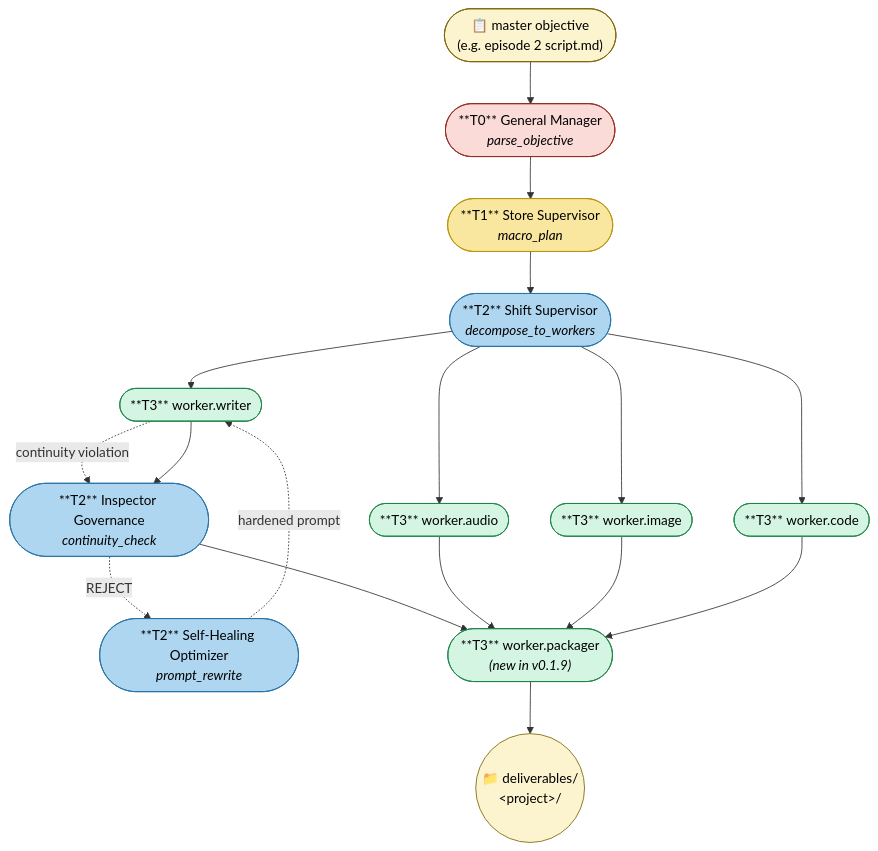
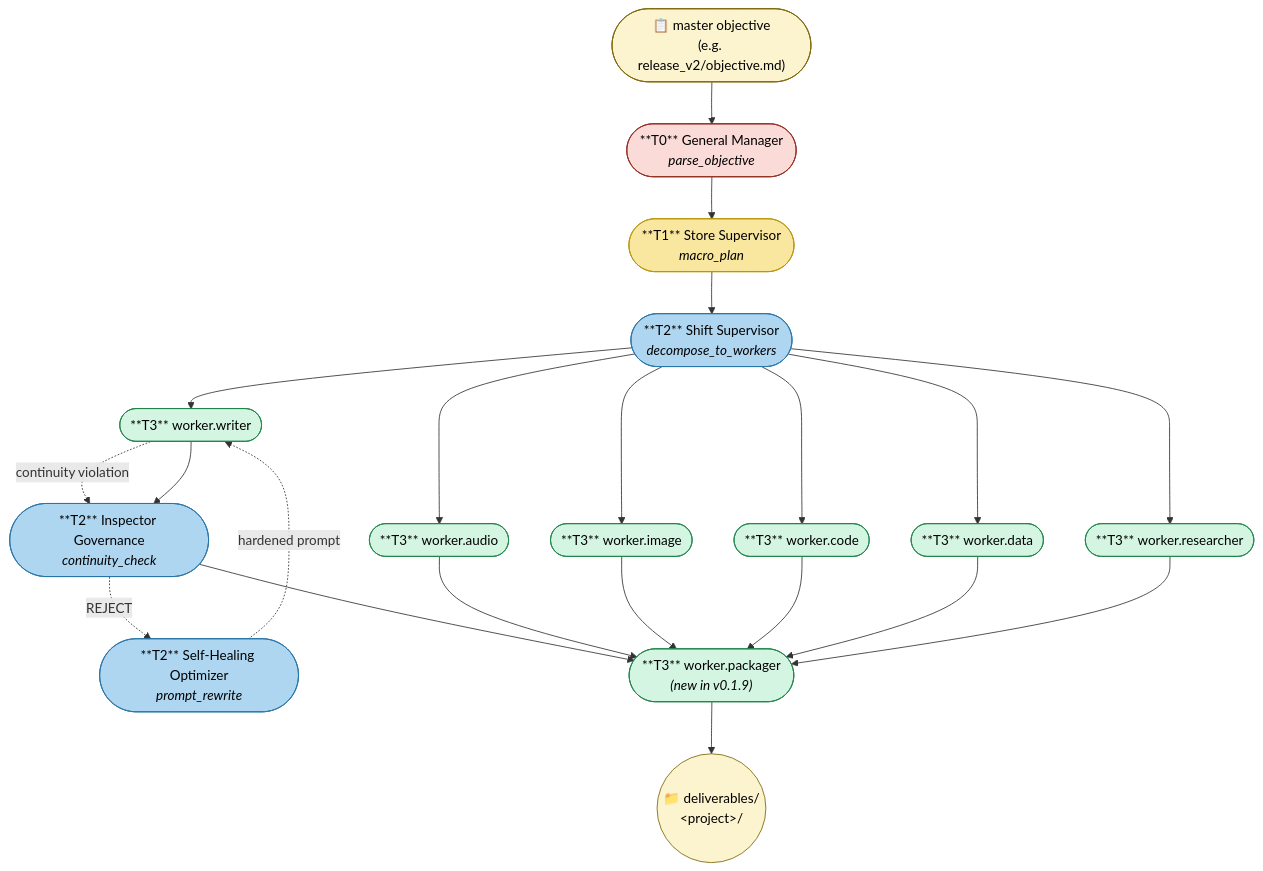
Before and after one commit to Cloudmeru/vortex-os-skill: the second of 8 diagrams in references/architecture.md, drawn with Mermaid. The commit also changed other lines of this file and 14 other files, not shown here.

````diff
--- a/references/architecture.md
+++ b/references/architecture.md
@@ -59,44 +59,50 @@
 ```mermaid
 flowchart TB
-    Obj(["📋 master objective<br/>(e.g. episode 2 script.md)"])
+    Obj(["📋 master objective<br/>(e.g. release_v2/objective.md)"])
     T0(["**T0** General Manager<br/><i>parse_objective</i>"])
     T1(["**T1** Store Supervisor<br/><i>macro_plan</i>"])
     T2(["**T2** Shift Supervisor<br/><i>decompose_to_workers</i>"])
     T2b(["**T2** Inspector Governance<br/><i>continuity_check</i>"])
     T2c(["**T2** Self-Healing Optimizer<br/><i>prompt_rewrite</i>"])
     T3w(["**T3** worker.writer"])
     T3a(["**T3** worker.audio"])
     T3i(["**T3** worker.image"])
     T3c(["**T3** worker.code"])
+    T3d(["**T3** worker.data"])
+    T3r(["**T3** worker.researcher"])
     T3p(["**T3** worker.packager<br/><i>(new in v0.1.9)</i>"])
     Del(("📁 deliverables/<br/>&lt;project&gt;/"))
 
     Obj --> T0
     T0 --> T1
     T1 --> T2
     T2 --> T3w
     T2 --> T3a
     T2 --> T3i
     T2 --> T3c
+    T2 --> T3d
+    T2 --> T3r
     T3w -.continuity violation.-> T2b
     T2b -.REJECT.-> T2c
     T2c -.hardened prompt.-> T3w
     T3w --> T2b
     T2b --> T3p
     T3a --> T3p
     T3i --> T3p
     T3c --> T3p
+    T3d --> T3p
+    T3r --> T3p
     T3p --> Del
 
     classDef tier0 fill:#fadbd8,stroke:#922b21,color:#000
     classDef tier1 fill:#f9e79f,stroke:#b7950b,color:#000
     classDef tier2 fill:#aed6f1,stroke:#2874a6,color:#000
     classDef tier3 fill:#d5f5e3,stroke:#1e8449,color:#000
     classDef out fill:#fcf3cf,stroke:#7d6608,color:#000
 
     class T0 tier0
     class T1 tier1
     class T2,T2b,T2c tier2
-    class T3w,T3a,T3i,T3c,T3p tier3
+    class T3w,T3a,T3i,T3c,T3d,T3r,T3p tier3
     class Del,Obj out
 ```
````
